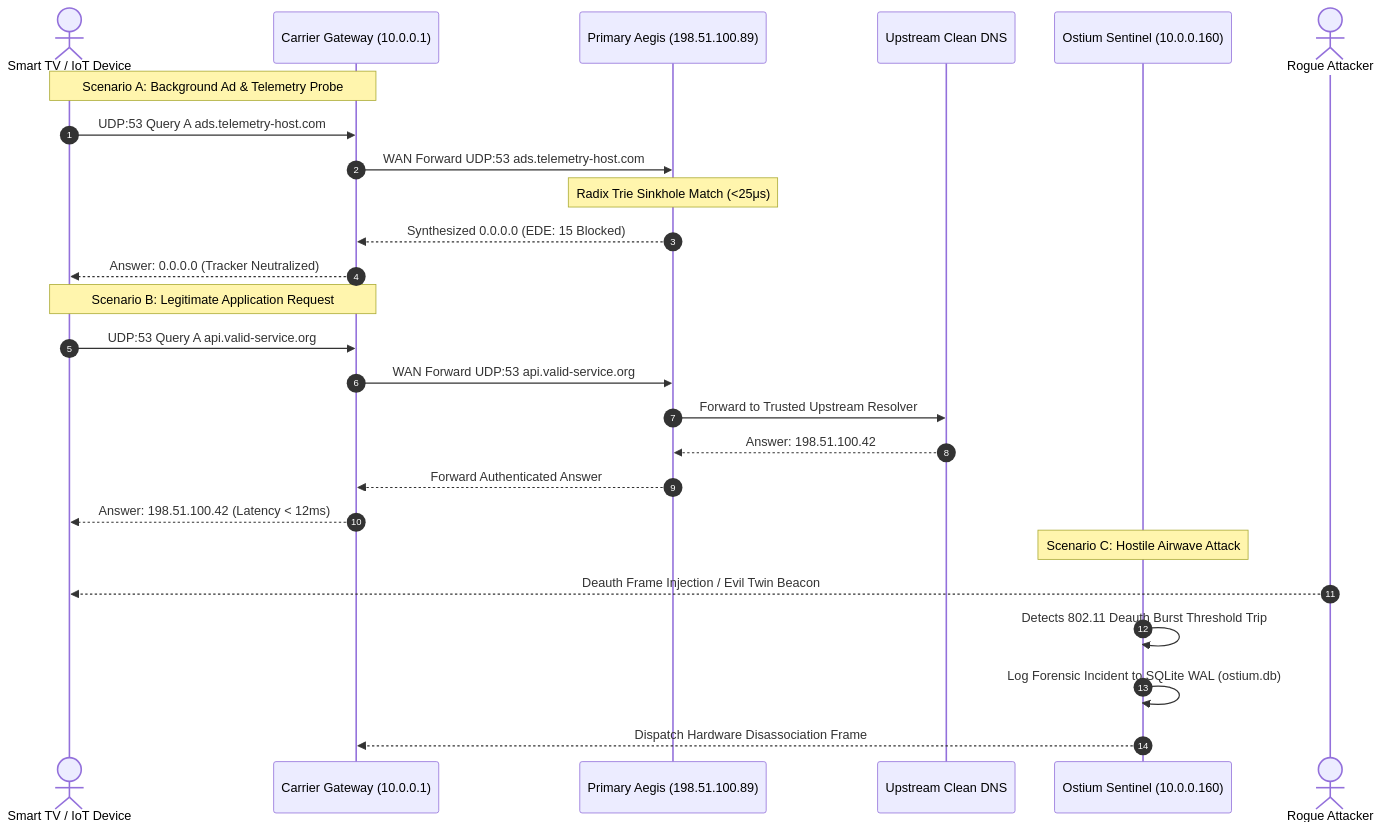
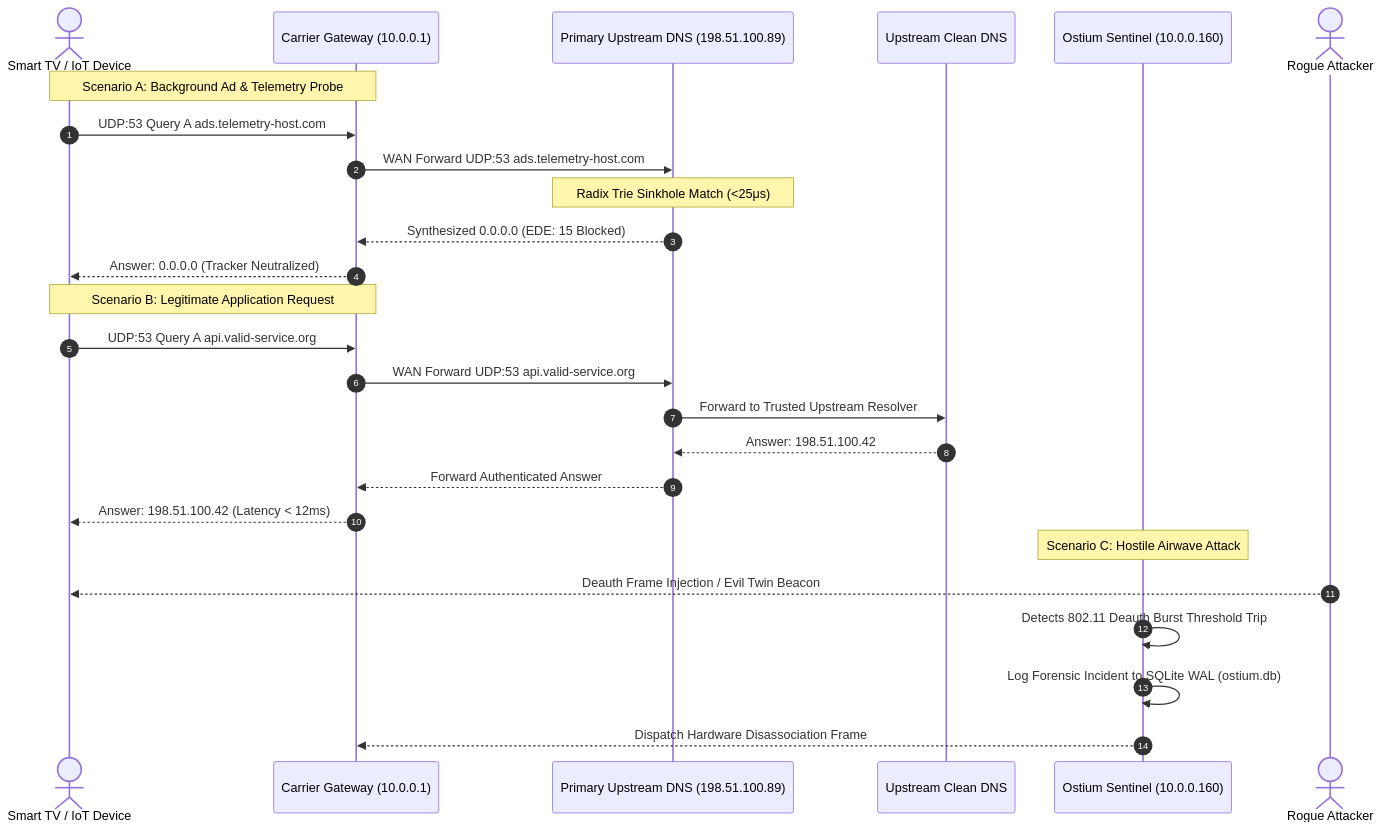
One commit to xuoxod/ostium-dist changed the third of 3 diagrams in docs/11_OSTIUM_GUIDE_CARRIER_GATEWAY_DNS_AND_WIDS.md. Above: the diagram before and after it, drawn with Mermaid. The commit also changed other lines of this file and 3 other files, not shown here.

Commit message:
docs: clearly delineate Ostium local WIDS sentinel vs upstream DNS sinkhole

````diff
--- a/docs/11_OSTIUM_GUIDE_CARRIER_GATEWAY_DNS_AND_WIDS.md
+++ b/docs/11_OSTIUM_GUIDE_CARRIER_GATEWAY_DNS_AND_WIDS.md
@@ -86,31 +87,31 @@
 ```mermaid
 sequenceDiagram
     autonumber
     actor TV as Smart TV / IoT Device
     participant GW as Carrier Gateway (10.0.0.1)
-    participant DNS1 as Primary Aegis (198.51.100.89)
+    participant DNS1 as Primary Upstream DNS (198.51.100.89)
     participant UP as Upstream Clean DNS
     participant WIDS as Ostium Sentinel (10.0.0.160)
 
     Note over TV,GW: Scenario A: Background Ad & Telemetry Probe
     TV->>GW: UDP:53 Query A ads.telemetry-host.com
     GW->>DNS1: WAN Forward UDP:53 ads.telemetry-host.com
     Note over DNS1: Radix Trie Sinkhole Match (<25μs)
     DNS1-->>GW: Synthesized 0.0.0.0 (EDE: 15 Blocked)
     GW-->>TV: Answer: 0.0.0.0 (Tracker Neutralized)
 
     Note over TV,GW: Scenario B: Legitimate Application Request
     TV->>GW: UDP:53 Query A api.valid-service.org
     GW->>DNS1: WAN Forward UDP:53 api.valid-service.org
     DNS1->>UP: Forward to Trusted Upstream Resolver
     UP-->>DNS1: Answer: 198.51.100.42
     DNS1-->>GW: Forward Authenticated Answer
     GW-->>TV: Answer: 198.51.100.42 (Latency < 12ms)
 
     Note over WIDS: Scenario C: Hostile Airwave Attack
     actor ATTACKER as Rogue Attacker
     ATTACKER-->>TV: Deauth Frame Injection / Evil Twin Beacon
     WIDS->>WIDS: Detects 802.11 Deauth Burst Threshold Trip
     WIDS->>WIDS: Log Forensic Incident to SQLite WAL (ostium.db)
     WIDS-->>GW: Dispatch Hardware Disassociation Frame
 ```
````
